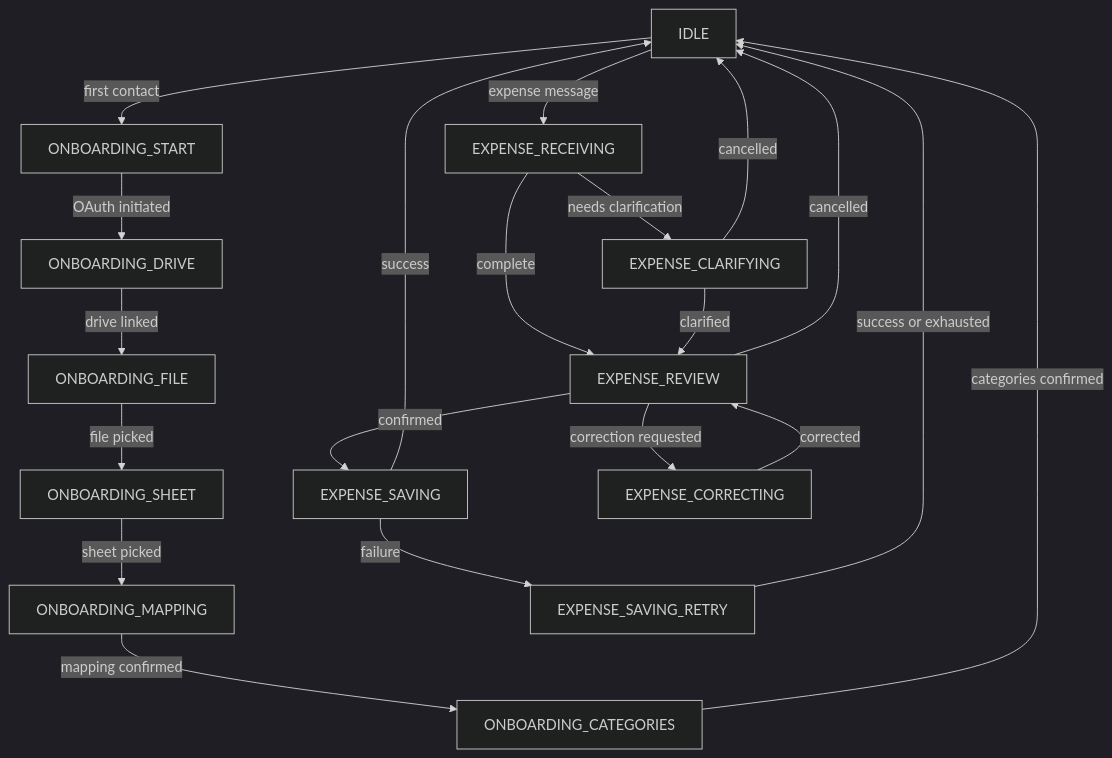
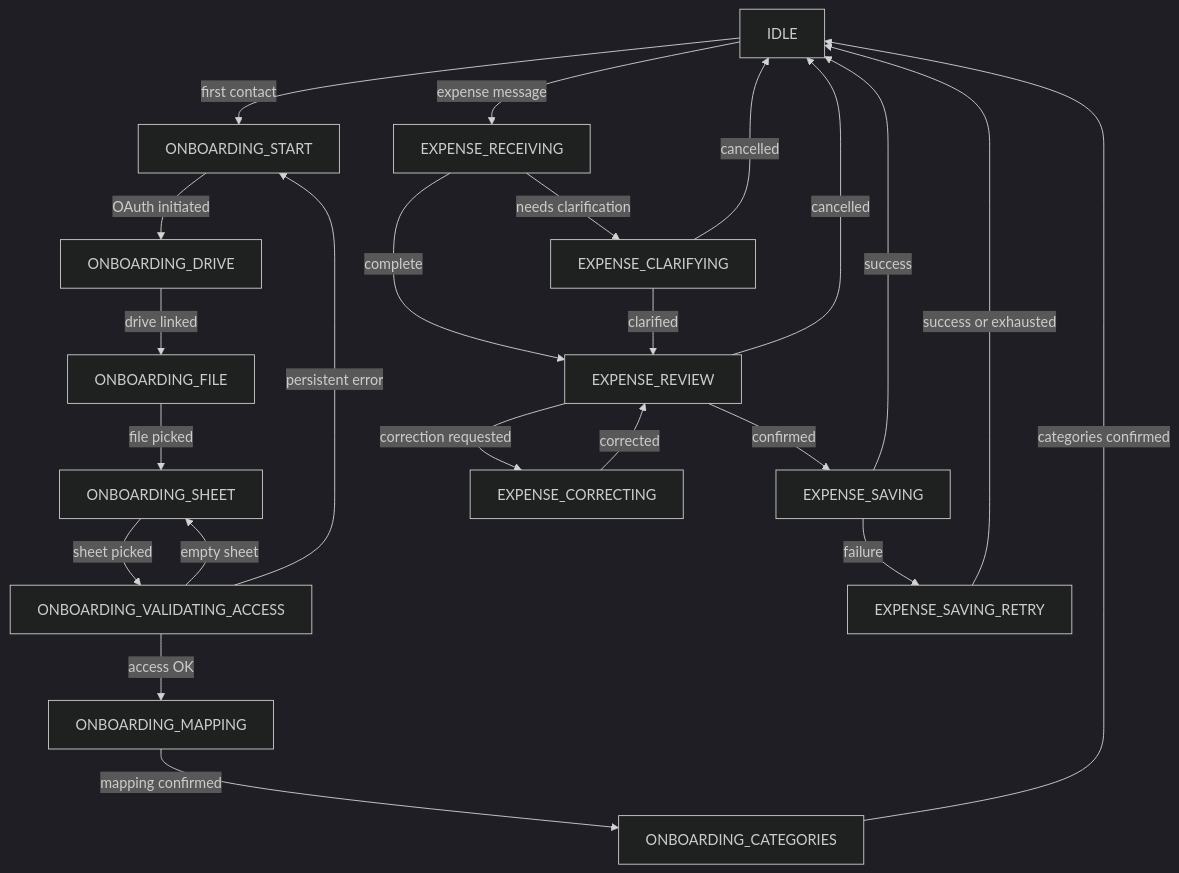
Before and after one commit to nmacenco/gastto: the diagram in docs/architecture/fsm-states.md, drawn with Mermaid (dark theme). The commit also changed other lines of this file and 20 other files, not shown here.

Commit message:
feat(access-validation): implement full HU-4.04 validation flow with retry and error handling

````diff
--- a/docs/architecture/fsm-states.md
+++ b/docs/architecture/fsm-states.md
@@ -30,29 +31,32 @@
 ```mermaid
 flowchart TD
     IDLE -->|first contact| ONBOARDING_START
     IDLE -->|expense message| EXPENSE_RECEIVING
 
     ONBOARDING_START -->|OAuth initiated| ONBOARDING_DRIVE
     ONBOARDING_DRIVE -->|drive linked| ONBOARDING_FILE
     ONBOARDING_FILE -->|file picked| ONBOARDING_SHEET
-    ONBOARDING_SHEET -->|sheet picked| ONBOARDING_MAPPING
+    ONBOARDING_SHEET -->|sheet picked| ONBOARDING_VALIDATING_ACCESS
+    ONBOARDING_VALIDATING_ACCESS -->|access OK| ONBOARDING_MAPPING
+    ONBOARDING_VALIDATING_ACCESS -->|empty sheet| ONBOARDING_SHEET
+    ONBOARDING_VALIDATING_ACCESS -->|persistent error| ONBOARDING_START
     ONBOARDING_MAPPING -->|mapping confirmed| ONBOARDING_CATEGORIES
     ONBOARDING_CATEGORIES -->|categories confirmed| IDLE
 
     EXPENSE_RECEIVING -->|needs clarification| EXPENSE_CLARIFYING
     EXPENSE_RECEIVING -->|complete| EXPENSE_REVIEW
 
     EXPENSE_CLARIFYING -->|clarified| EXPENSE_REVIEW
     EXPENSE_CLARIFYING -->|cancelled| IDLE
 
     EXPENSE_REVIEW -->|confirmed| EXPENSE_SAVING
     EXPENSE_REVIEW -->|correction requested| EXPENSE_CORRECTING
     EXPENSE_REVIEW -->|cancelled| IDLE
 
     EXPENSE_CORRECTING -->|corrected| EXPENSE_REVIEW
 
     EXPENSE_SAVING -->|success| IDLE
     EXPENSE_SAVING -->|failure| EXPENSE_SAVING_RETRY
 
     EXPENSE_SAVING_RETRY -->|success or exhausted| IDLE
 ```
````
